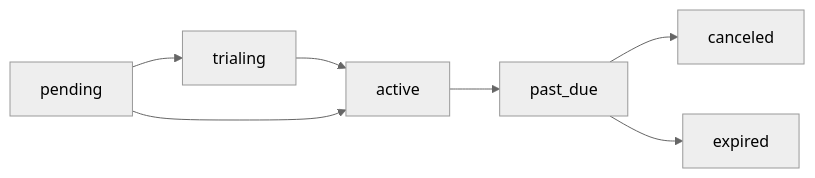
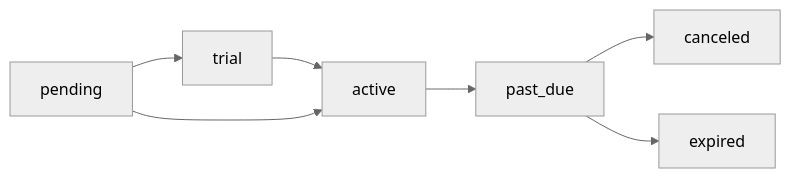
The diagram in concepts/subscriptions.mdx (crovver/docs), drawn with Mermaid (neutral theme) before and after one commit. The commit also changed other lines of this file and 16 other files, not shown here.

````diff
--- a/concepts/subscriptions.mdx
+++ b/concepts/subscriptions.mdx
@@ -21,6 +21,6 @@
 ```mermaid
 flowchart LR
-    pending --> trialing --> active --> past_due --> canceled
+    pending --> trial --> active --> past_due --> canceled
     pending --> active
     past_due --> expired
 ```
````
